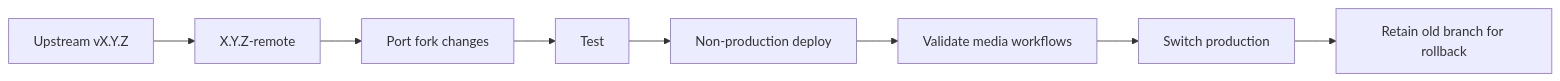
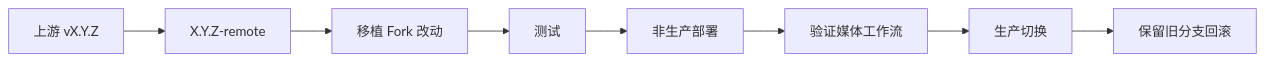
Before and after one commit to bowardzhang/immich: the sixth of 6 diagrams in storage-router/README.md, drawn with Mermaid. The commit also changed other lines of this file, not shown here.

````diff
--- a/storage-router/README.md
+++ b/storage-router/README.md
@@ -243,10 +264,10 @@
 ```mermaid
 flowchart LR
-    A[Upstream vX.Y.Z] --> B[X.Y.Z-remote]
-    B --> C[Port fork changes]
-    C --> D[Test]
-    D --> E[Non-production deploy]
-    E --> F[Validate media workflows]
-    F --> G[Switch production]
-    G --> H[Retain old branch for rollback]
+    A[上游 vX.Y.Z] --> B[X.Y.Z-remote]
+    B --> C[移植 Fork 改动]
+    C --> D[测试]
+    D --> E[非生产部署]
+    E --> F[验证媒体工作流]
+    F --> G[生产切换]
+    G --> H[保留旧分支回滚]
 ```
````
